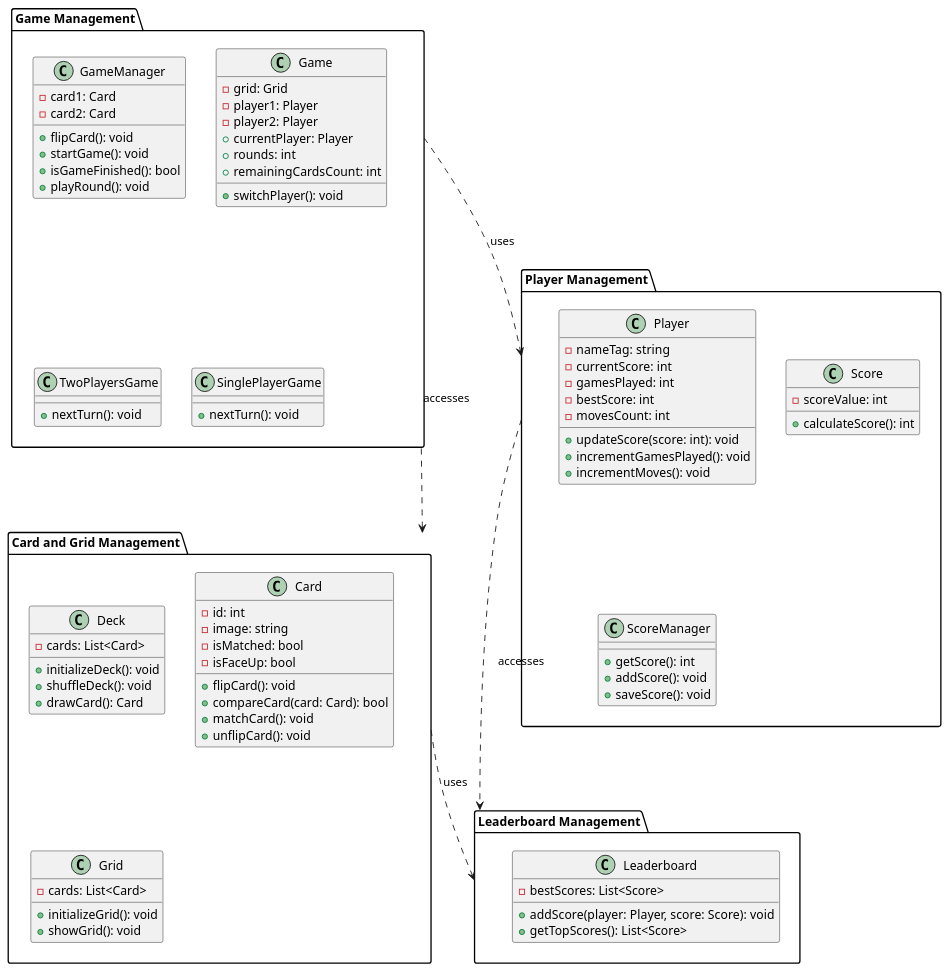
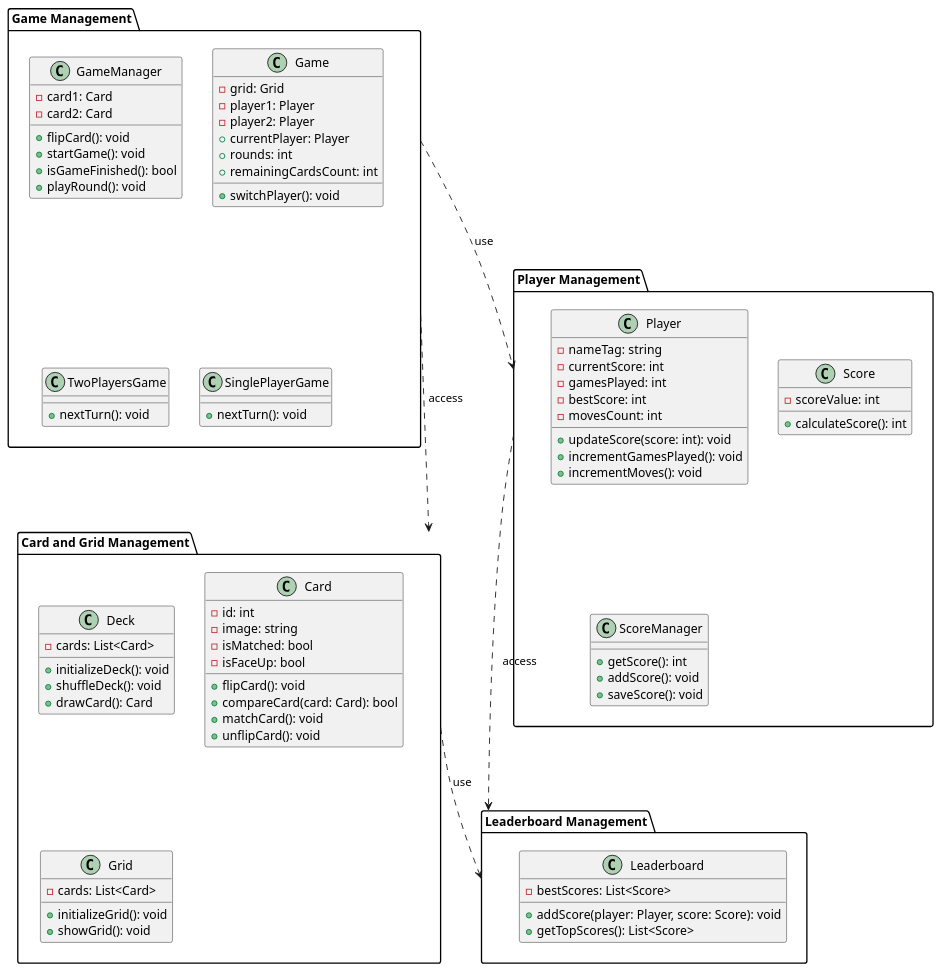
Before and after one commit to PosiTr0n505/Game-Memory: the diagram in src/Docs/Diagrammes/paquetage.md, drawn with PlantUML.

Commit message:
Mise à jour de 'src/Docs/Diagrammes/paquetage.md'

```diff
--- a/src/Docs/Diagrammes/paquetage.md
+++ b/src/Docs/Diagrammes/paquetage.md
@@ -89,10 +89,10 @@
 }
 
 ' Relations entre les paquets
-"Game Management" ..> "Player Management" : uses
-"Game Management" ..> "Card and Grid Management" : accesses
-"Card and Grid Management" ..> "Leaderboard Management" : uses
-"Player Management" ..> "Leaderboard Management" : accesses
+"Game Management" ..> "Player Management" : use
+"Game Management" ..> "Card and Grid Management" : access
+"Card and Grid Management" ..> "Leaderboard Management" : use
+"Player Management" ..> "Leaderboard Management" : access
 
 @enduml
 
```
